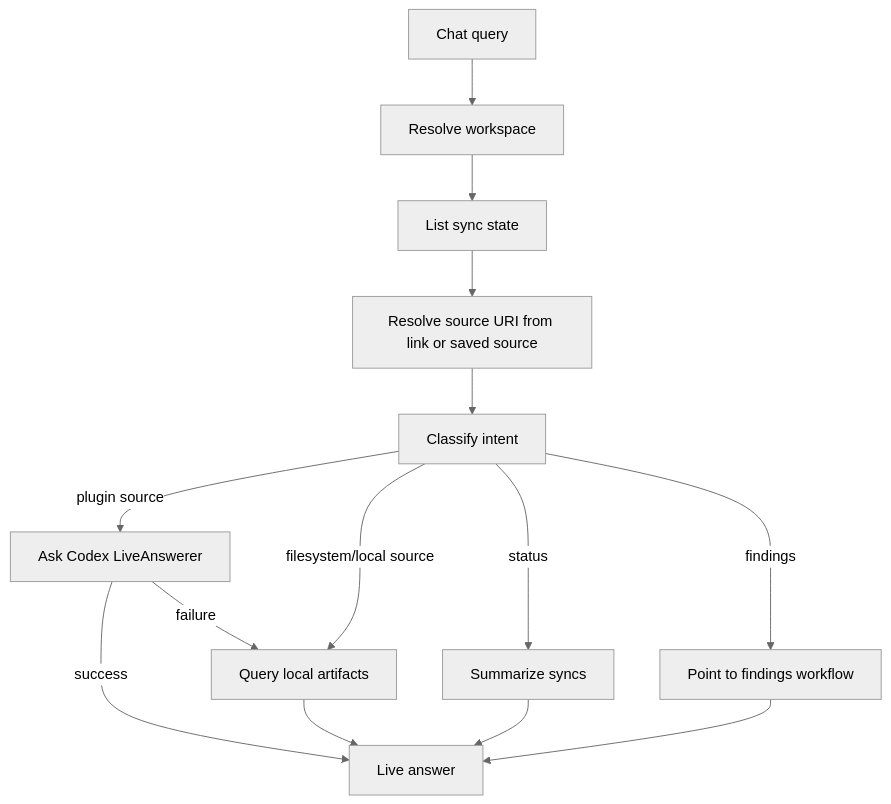
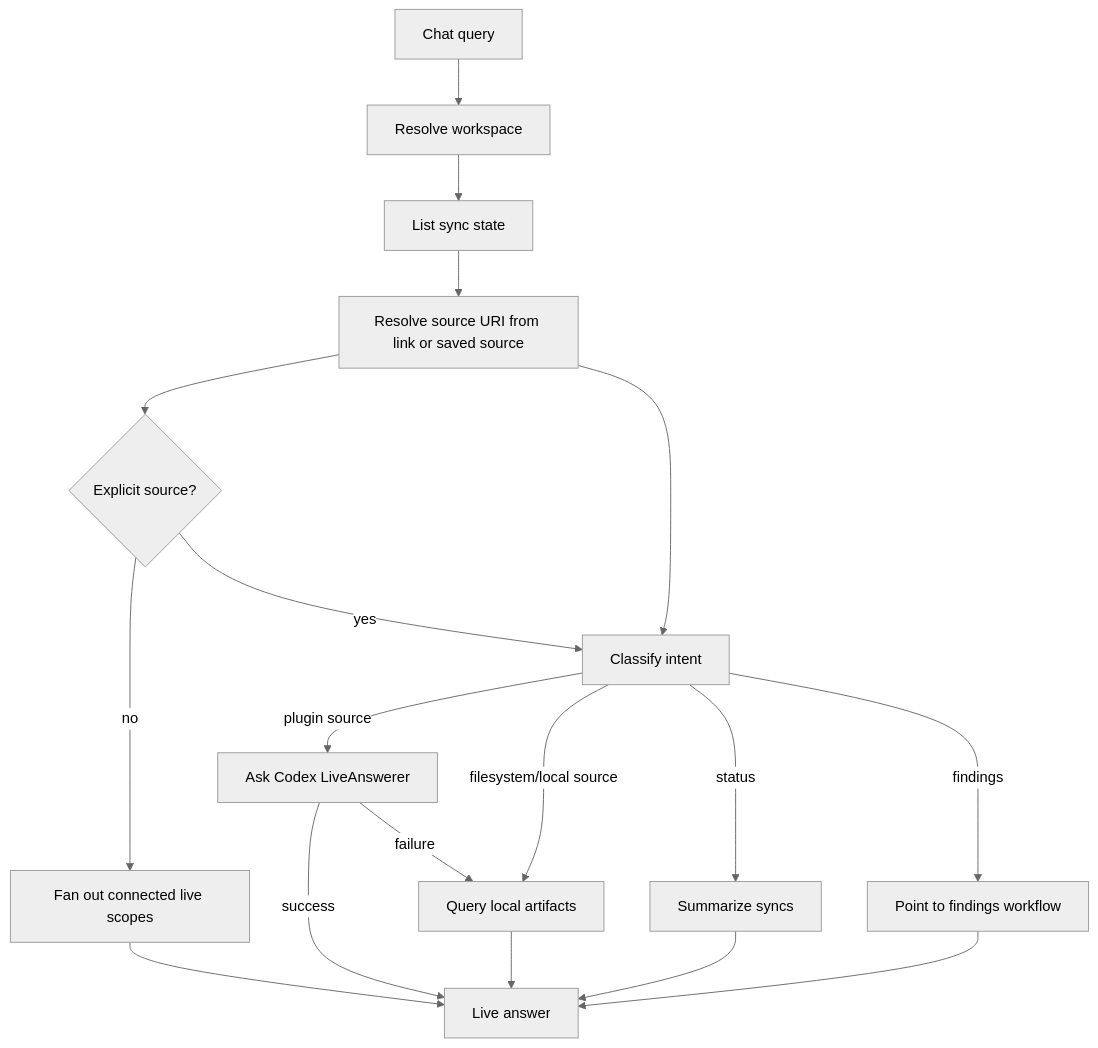
One commit to sx-tane/context-os changed the diagram in internal/runtime/chat/README.md. Above: the diagram before and after it, drawn with Mermaid (neutral theme). The commit also changed other lines of this file and 63 other files, not shown here.

First line of the commit message:
feat(graphverify): implement Codex-backed relationship verification stage

````diff
--- a/internal/runtime/chat/README.md
+++ b/internal/runtime/chat/README.md
@@ -21,16 +21,20 @@
 ```mermaid
 flowchart TD
   Q[Chat query] --> W[Resolve workspace]
   W --> S[List sync state]
   S --> M[Resolve source URI from link or saved source]
+  M --> X{Explicit source?}
+  X -->|no| Z[Fan out connected live scopes]
+  X -->|yes| I[Classify intent]
+  Z --> R
   M --> I[Classify intent]
   I -->|plugin source| C[Ask Codex LiveAnswerer]
   C -->|success| R[Live answer]
   C -->|failure| A[Query local artifacts]
   I -->|filesystem/local source| A
   A --> R
   I -->|status| T[Summarize syncs]
   I -->|findings| F[Point to findings workflow]
   T --> R
   F --> R
 ```
````
